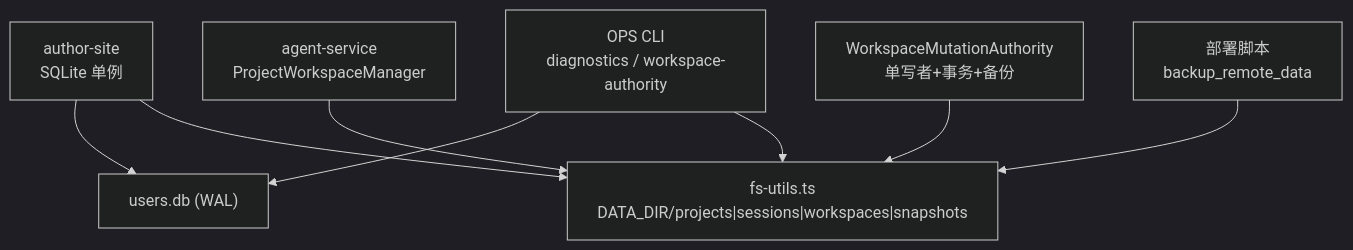
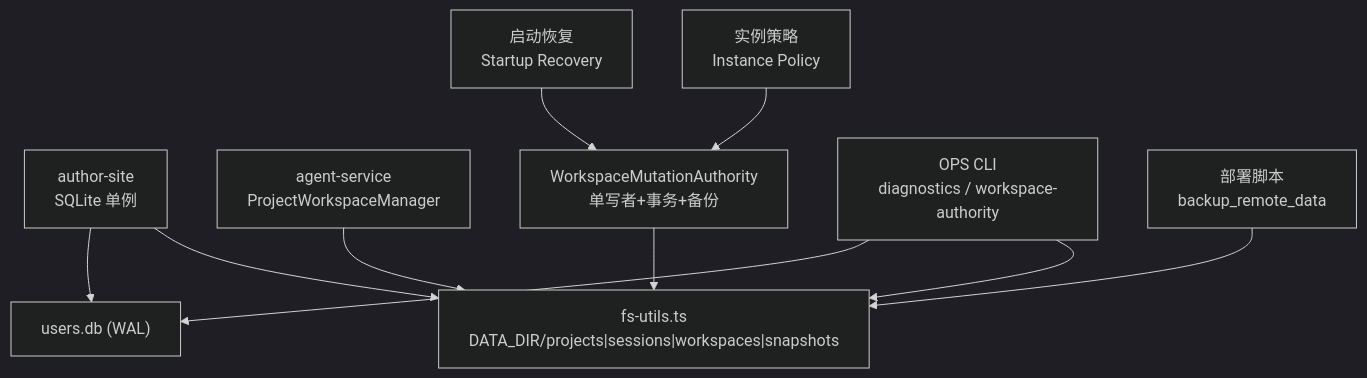
The first of 10 diagrams in .qoder/repowiki/zh/content/架构设计/数据架构/数据架构.md (qihaogithub/workbench), drawn with Mermaid (dark theme) before and after one commit. The commit also changed other lines of this file and 448 other files, not shown here.

````diff
--- a/.qoder/repowiki/zh/content/架构设计/数据架构/数据架构.md
+++ b/.qoder/repowiki/zh/content/架构设计/数据架构/数据架构.md
@@ -43,10 +58,12 @@
 ```mermaid
 graph TB
 A["author-site<br/>SQLite 单例"] --> B["users.db (WAL)"]
 A --> C["fs-utils.ts<br/>DATA_DIR/projects|sessions|workspaces|snapshots"]
 D["agent-service<br/>ProjectWorkspaceManager"] --> C
 E["WorkspaceMutationAuthority<br/>单写者+事务+备份"] --> C
 F["OPS CLI<br/>diagnostics / workspace-authority"] --> B
 F --> C
 G["部署脚本<br/>backup_remote_data"] --> C
+H["启动恢复<br/>Startup Recovery"] --> E
+I["实例策略<br/>Instance Policy"] --> E
 ```
````
